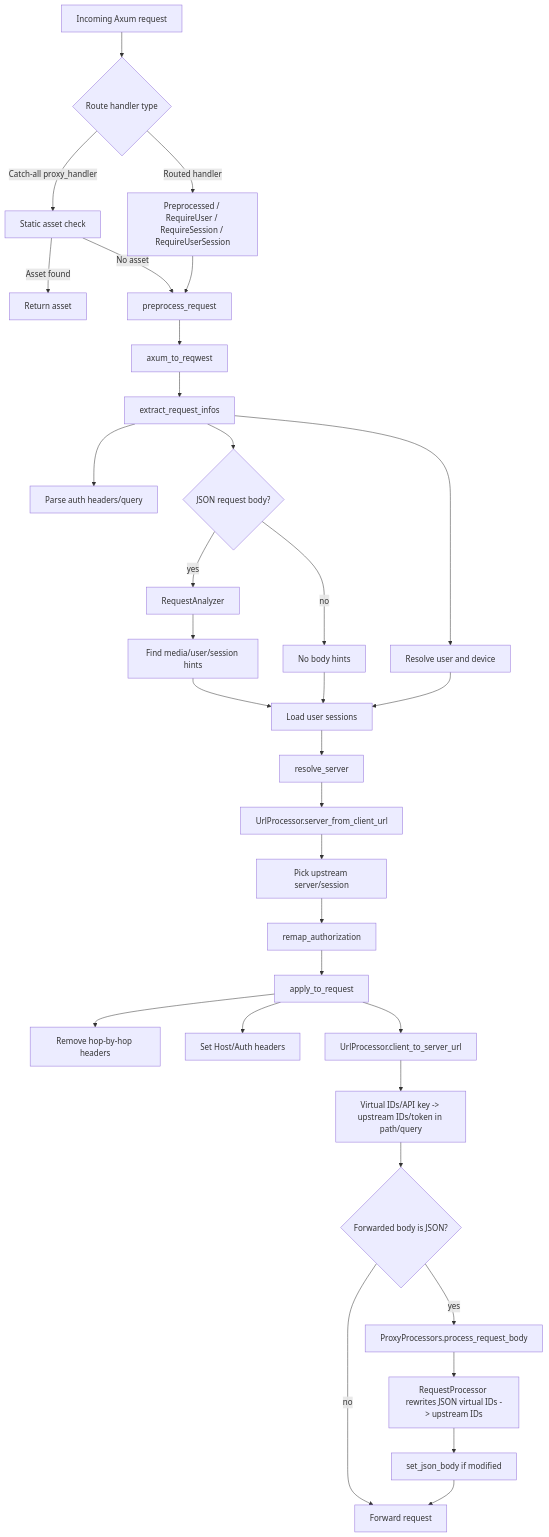
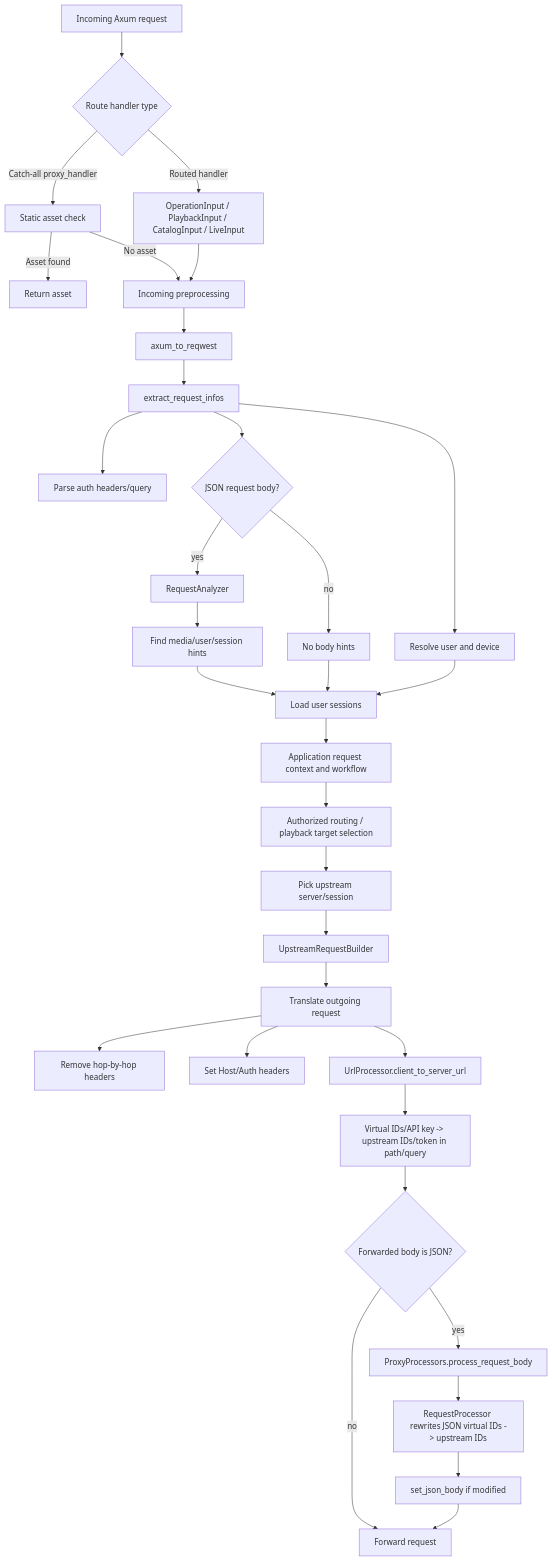
The first of 2 diagrams in docs/request-response-processing.md (LLukas22/Jellyswarrm), drawn with Mermaid before and after one commit. The commit also changed other lines of this file and 211 other files, not shown here.

````diff
--- a/docs/request-response-processing.md
+++ b/docs/request-response-processing.md
@@ -15,40 +17,40 @@
 ```mermaid
 flowchart TD
     A[Incoming Axum request] --> B{Route handler type}
 
-    B -->|Routed handler| C[Preprocessed / RequireUser / RequireSession / RequireUserSession]
+    B -->|Routed handler| C[OperationInput / PlaybackInput / CatalogInput / LiveInput]
     B -->|Catch-all proxy_handler| D[Static asset check]
     D -->|Asset found| E[Return asset]
-    D -->|No asset| F[preprocess_request]
+    D -->|No asset| F[Incoming preprocessing]
     C --> F
 
     F --> G[axum_to_reqwest]
     G --> H[extract_request_infos]
     H --> I[Parse auth headers/query]
     H --> J[Resolve user and device]
     H --> K{JSON request body?}
 
     K -->|yes| L[RequestAnalyzer]
     L --> M[Find media/user/session hints]
     K -->|no| N[No body hints]
     M --> O[Load user sessions]
     N --> O
     J --> O
 
-    O --> P[resolve_server]
-    P --> Q[UrlProcessor.server_from_client_url]
+    O --> P[Application request context and workflow]
+    P --> Q[Authorized routing / playback target selection]
     Q --> R[Pick upstream server/session]
-    R --> S[remap_authorization]
-    S --> T[apply_to_request]
+    R --> S[UpstreamRequestBuilder]
+    S --> T[Translate outgoing request]
     T --> U[Remove hop-by-hop headers]
     T --> V[Set Host/Auth headers]
     T --> W[UrlProcessor.client_to_server_url]
     W --> X[Virtual IDs/API key -> upstream IDs/token in path/query]
 
     X --> Y{Forwarded body is JSON?}
     Y -->|yes| Z[ProxyProcessors.process_request_body]
     Z --> AA[RequestProcessor rewrites JSON virtual IDs -> upstream IDs]
     AA --> AB[set_json_body if modified]
     Y -->|no| AC[Forward request]
     AB --> AC
 ```
````
